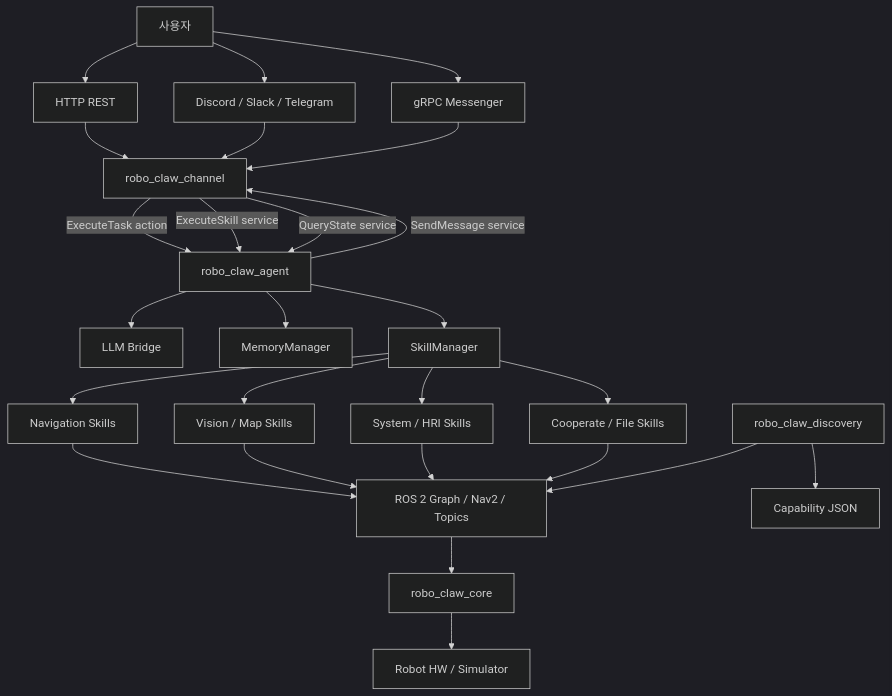
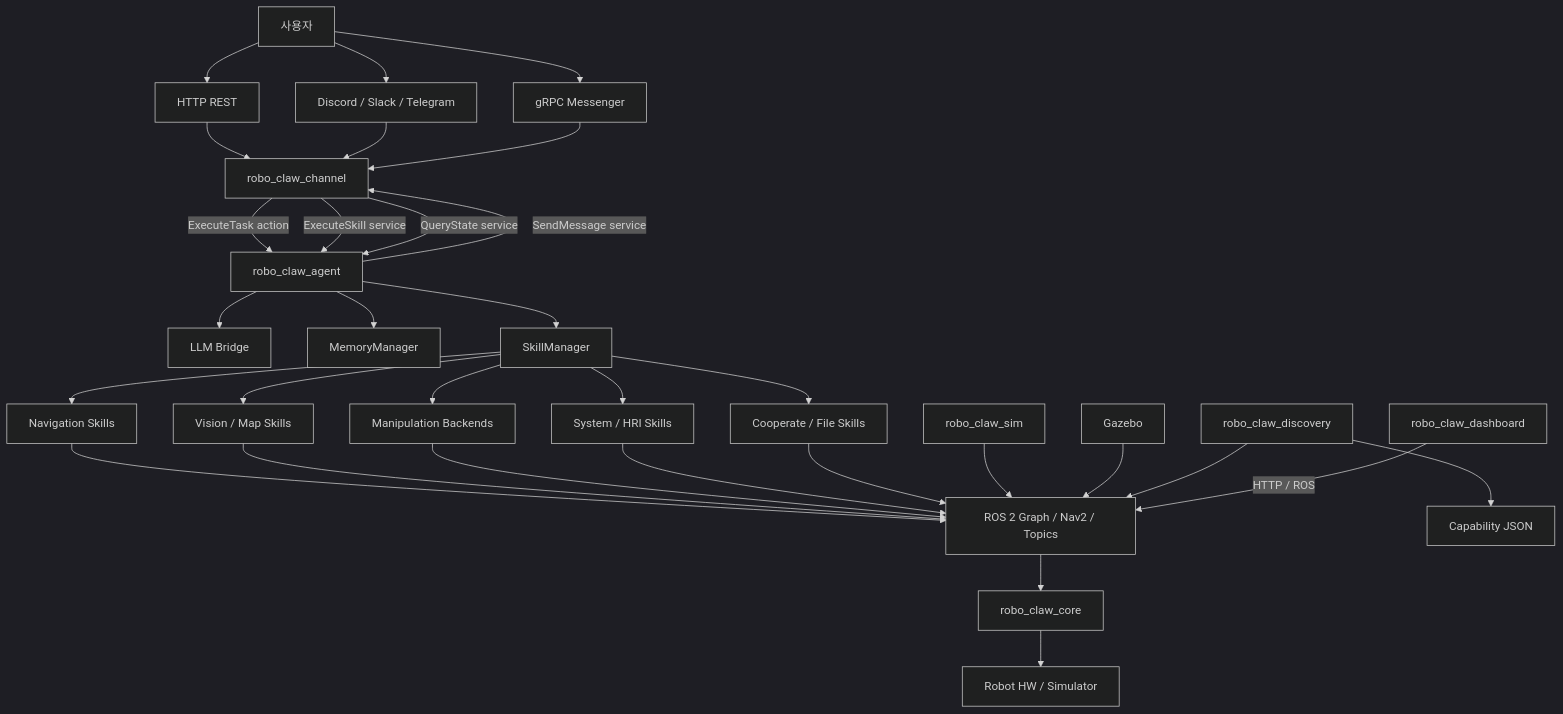
The first of 2 diagrams in docs/opencode/architecture.md (Open-Edge-Robotics/A.RobotAI-Robot-RoboClaw), drawn with Mermaid (dark theme) before and after one commit. The commit also changed other lines of this file and 33 other files, not shown here.

````diff
--- a/docs/opencode/architecture.md
+++ b/docs/opencode/architecture.md
@@ -8,28 +8,33 @@
 ```mermaid
 graph TD
     U[사용자] --> HTTP[HTTP REST]
     U --> MSG[Discord / Slack / Telegram]
     U --> GRPC[gRPC Messenger]
     HTTP --> CH[robo_claw_channel]
     MSG --> CH
     GRPC --> CH
     CH -->|ExecuteTask action| AG[robo_claw_agent]
     CH -->|ExecuteSkill service| AG
     CH -->|QueryState service| AG
     AG --> LLM[LLM Bridge]
     AG --> MEM[MemoryManager]
     AG --> SK[SkillManager]
     SK --> NAV[Navigation Skills]
     SK --> VIS[Vision / Map Skills]
+    SK --> MAN[Manipulation Backends]
     SK --> SYS[System / HRI Skills]
     SK --> COOP[Cooperate / File Skills]
     NAV --> ROS[ROS 2 Graph / Nav2 / Topics]
     VIS --> ROS
+    MAN --> ROS
     SYS --> ROS
     COOP --> ROS
     AG -->|SendMessage service| CH
     ROS --> CORE[robo_claw_core]
     CORE --> HW[Robot HW / Simulator]
+    SIM[robo_claw_sim] --> ROS
+    GZ[Gazebo] --> ROS
     DISC[robo_claw_discovery] --> ROS
     DISC --> CAP[Capability JSON]
+    DASH[robo_claw_dashboard] -->|HTTP / ROS| ROS
 ```
````
